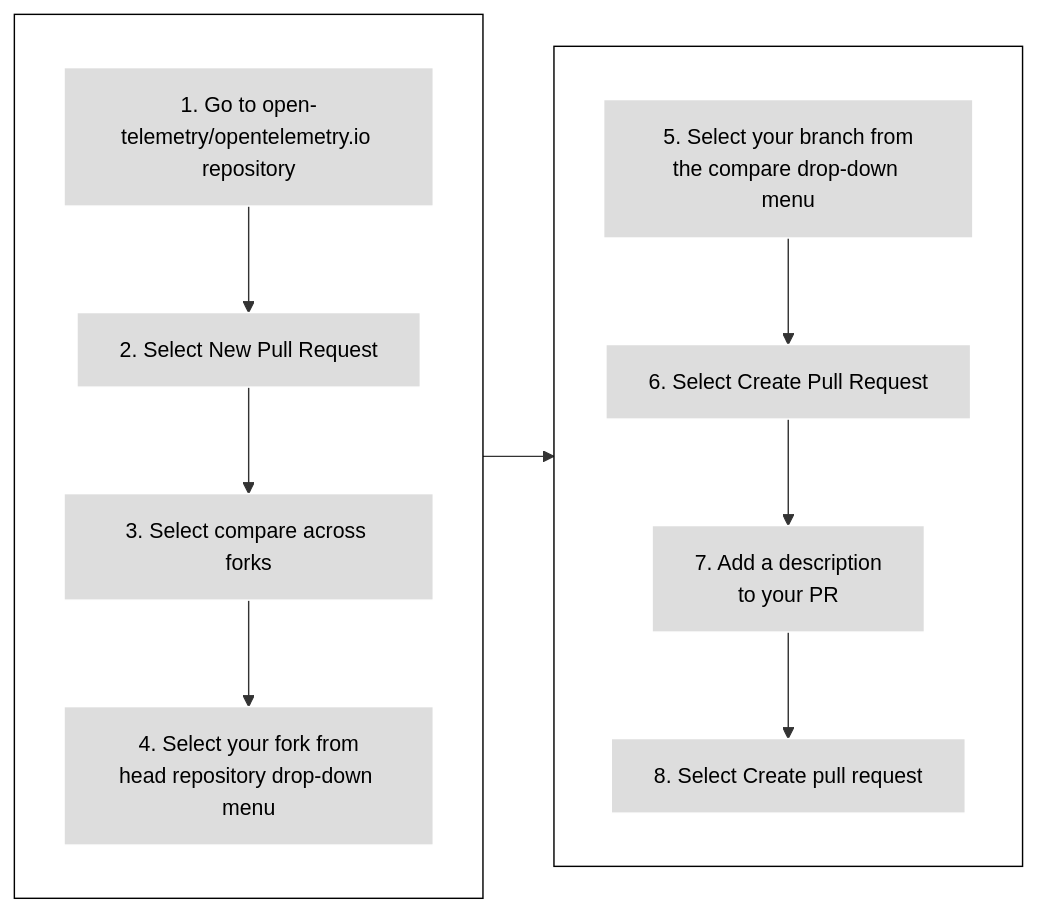
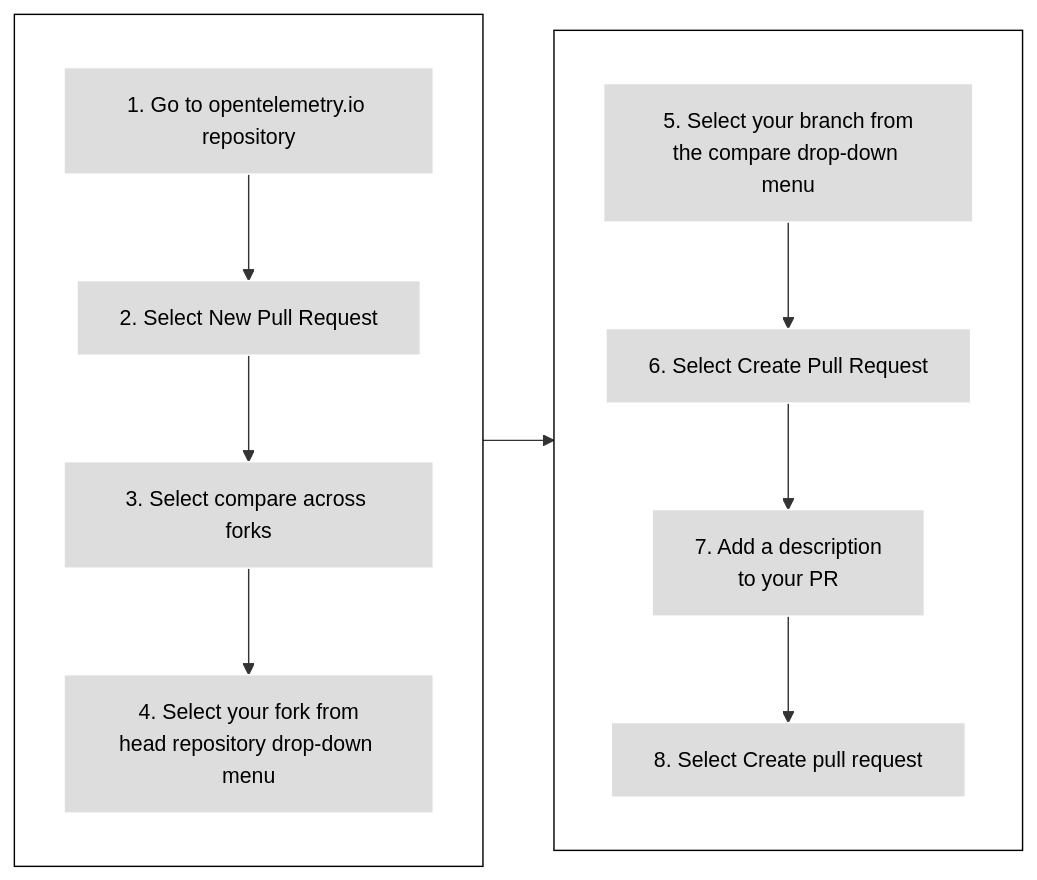
The fourth of 4 diagrams in content/en/docs/Contribute/_index.md (open-telemetry/opentelemetry.io), drawn with Mermaid before and after one commit. The commit also changed other lines of this file and 3 other files, not shown here.

````diff
--- a/content/en/docs/Contribute/_index.md
+++ b/content/en/docs/Contribute/_index.md
@@ -317,22 +316,22 @@
 ```mermaid
 flowchart LR
 subgraph first[ ]
 direction TB
-1[1. Go to open-telemetry/opentelemetry.io repository] --> 2[2. Select New Pull Request]
+1[1. Go to opentelemetry.io repository] --> 2[2. Select New Pull Request]
 2 --> 3[3. Select compare across forks]
 3 --> 4[4. Select your fork from<br>head repository drop-down menu]
 end
 subgraph second [ ]
 direction TB
 5[5. Select your branch from<br>the compare drop-down menu] --> 6[6. Select Create Pull Request]
 6 --> 7[7. Add a description<br>to your PR]
 7 --> 8[8. Select Create pull request]
 end
 
 first --> second
 
 classDef grey fill:#dddddd,stroke:#ffffff,stroke-width:px,color:#000000, font-size:15px;
 classDef white fill:#ffffff,stroke:#000,stroke-width:px,color:#000,font-weight:bold
 class 1,2,3,4,5,6,7,8 grey
 class first,second white
 ```
````
